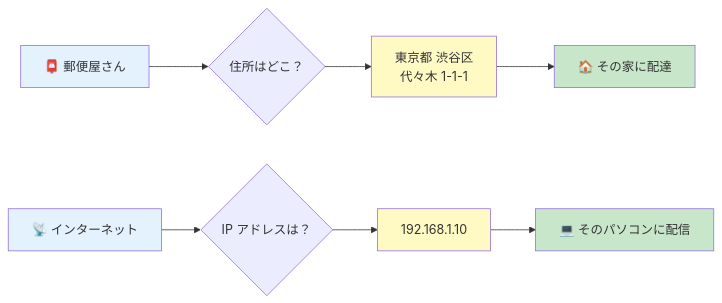
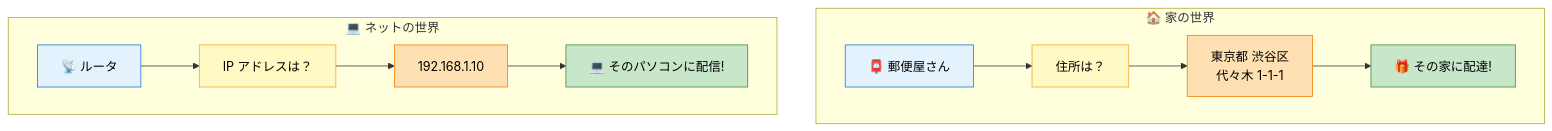
The second of 3 diagrams in docs/01-basics/ip-address.md (Tsunanko/netpractice-guide), drawn with Mermaid before and after one commit. The commit also changed other lines of this file and 2 other files, not shown here.

````diff
--- a/docs/01-basics/ip-address.md
+++ b/docs/01-basics/ip-address.md
@@ -24,17 +55,22 @@
 ```mermaid
-flowchart LR
-    A[📮 郵便屋さん] --> B{住所はどこ？}
-    B --> C[東京都 渋谷区<br>代々木 1-1-1]
-    C --> D[🏠 その家に配達]
+flowchart TB
+    subgraph H[🏠 家の世界]
+      H1[📮 郵便屋さん] --> H2[住所は？]
+      H2 --> H3[東京都 渋谷区<br>代々木 1-1-1]
+      H3 --> H4[🎁 その家に配達!]
+    end
+    subgraph N[💻 ネットの世界]
+      N1[📡 ルータ] --> N2[IP アドレスは？]
+      N2 --> N3[192.168.1.10]
+      N3 --> N4[💻 そのパソコンに配信!]
+    end
 
-    A2[📡 インターネット] --> B2{IP アドレスは？}
-    B2 --> C2[192.168.1.10]
-    C2 --> D2[💻 そのパソコンに配信]
-
-    style A fill:#E3F2FD
-    style A2 fill:#E3F2FD
-    style C fill:#FFF9C4
-    style C2 fill:#FFF9C4
-    style D fill:#C8E6C9
-    style D2 fill:#C8E6C9
+    style H1 fill:#E3F2FD,stroke:#1976d2,color:#000
+    style H2 fill:#FFF9C4,stroke:#f9a825,color:#000
+    style H3 fill:#FFE0B2,stroke:#f57c00,color:#000
+    style H4 fill:#C8E6C9,stroke:#388e3c,color:#000
+    style N1 fill:#E3F2FD,stroke:#1976d2,color:#000
+    style N2 fill:#FFF9C4,stroke:#f9a825,color:#000
+    style N3 fill:#FFE0B2,stroke:#f57c00,color:#000
+    style N4 fill:#C8E6C9,stroke:#388e3c,color:#000
 ```
````
